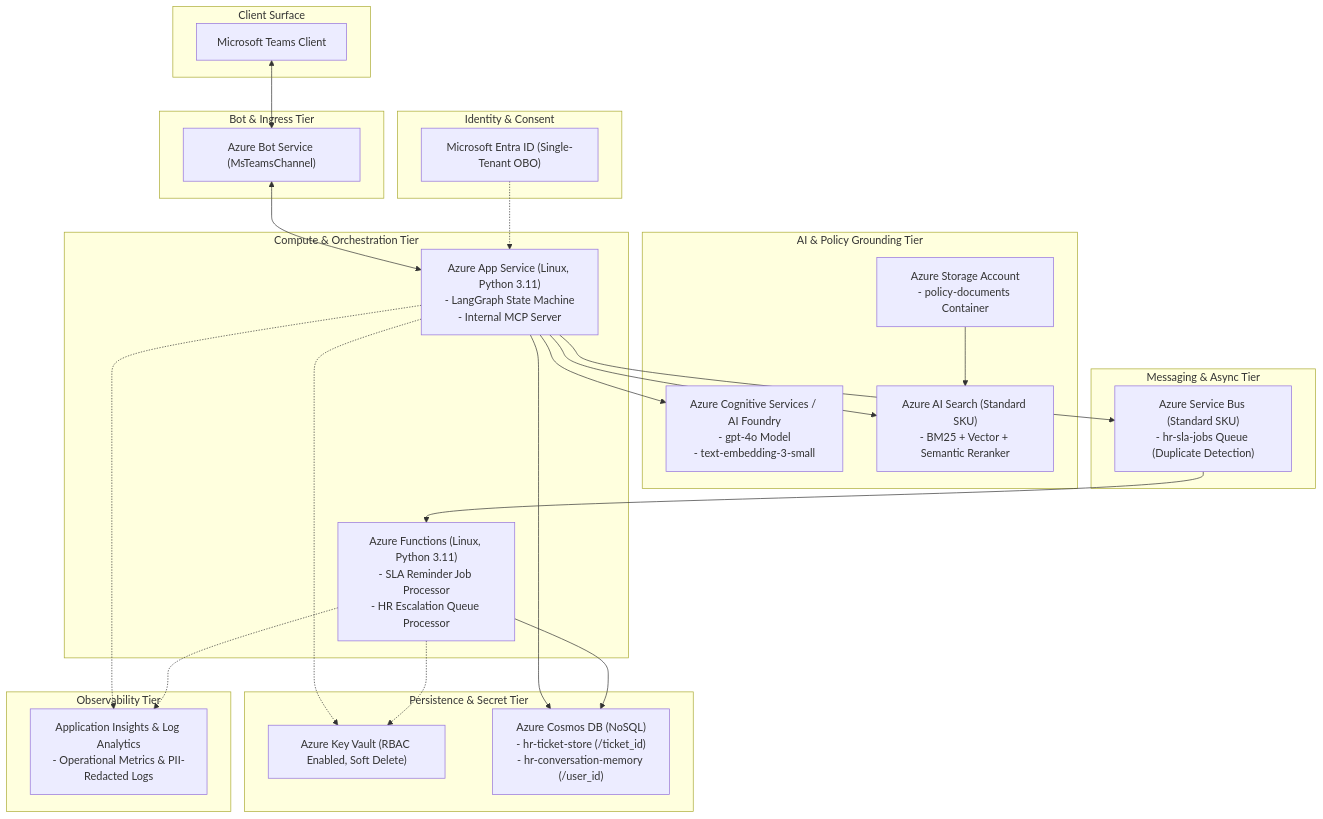
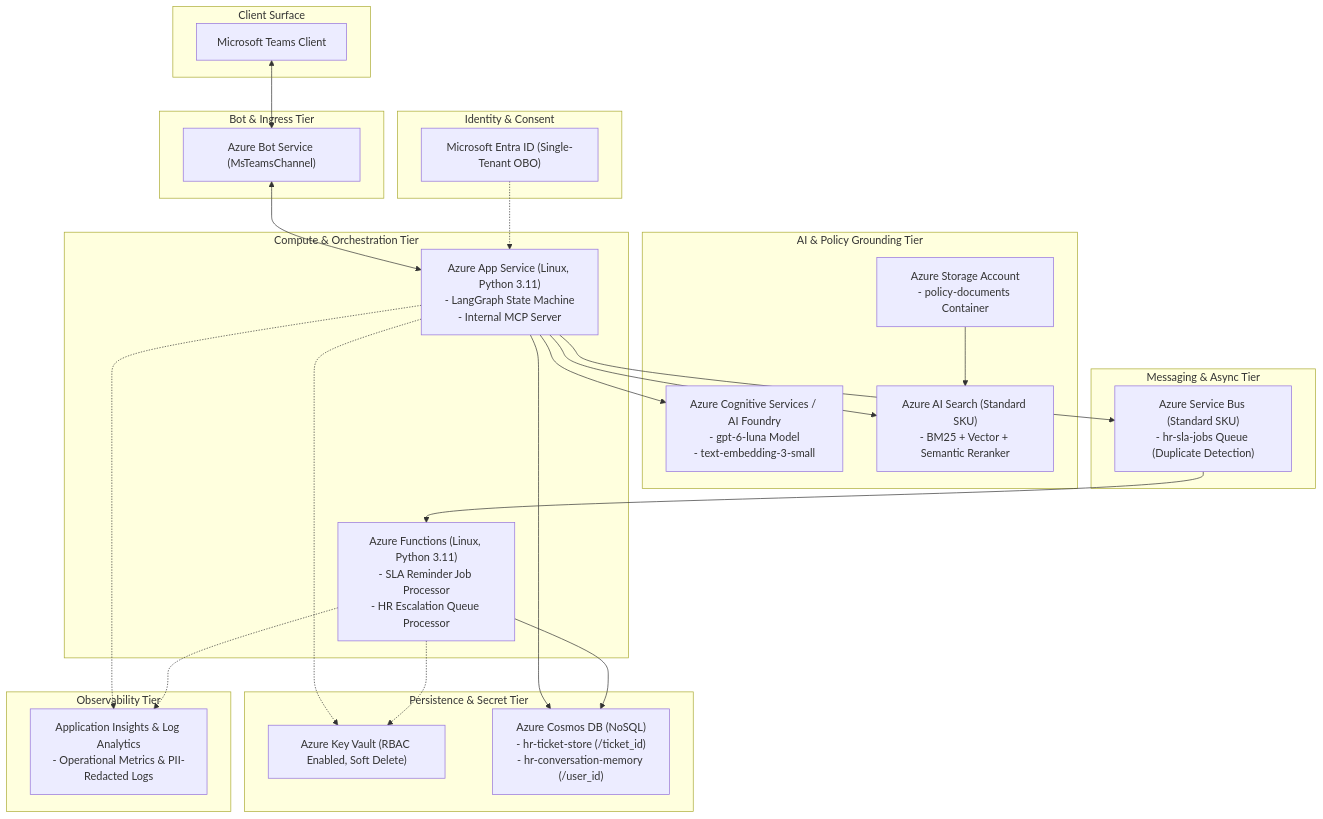
One commit to zerosaber10-dev/hve-innovation-fpt changed the diagram in docs/deployment/azure-teams-deployment.md. Above: the diagram before and after it, drawn with Mermaid. The commit also changed other lines of this file and 82 other files, not shown here.

````diff
--- a/docs/deployment/azure-teams-deployment.md
+++ b/docs/deployment/azure-teams-deployment.md
@@ -11,53 +11,53 @@
 ```mermaid
 flowchart TB
     subgraph Client ["Client Surface"]
         teams["Microsoft Teams Client"]
     end
 
     subgraph Identity ["Identity & Consent"]
         entra["Microsoft Entra ID (Single-Tenant OBO)"]
     end
 
     subgraph Ingress ["Bot & Ingress Tier"]
         bot["Azure Bot Service (MsTeamsChannel)"]
     end
 
     subgraph Compute ["Compute & Orchestration Tier"]
         app["Azure App Service (Linux, Python 3.11)\n- LangGraph State Machine\n- Internal MCP Server"]
         func["Azure Functions (Linux, Python 3.11)\n- SLA Reminder Job Processor\n- HR Escalation Queue Processor"]
     end
 
     subgraph AI ["AI & Policy Grounding Tier"]
-        foundry["Azure Cognitive Services / AI Foundry\n- gpt-4o Model\n- text-embedding-3-small"]
+        foundry["Azure Cognitive Services / AI Foundry\n- gpt-6-luna Model\n- text-embedding-3-small"]
         search["Azure AI Search (Standard SKU)\n- BM25 + Vector + Semantic Reranker"]
         storage["Azure Storage Account\n- policy-documents Container"]
     end
 
     subgraph Messaging ["Messaging & Async Tier"]
         sb["Azure Service Bus (Standard SKU)\n- hr-sla-jobs Queue (Duplicate Detection)"]
     end
 
     subgraph Data ["Persistence & Secret Tier"]
         kv["Azure Key Vault (RBAC Enabled, Soft Delete)"]
         cosmos["Azure Cosmos DB (NoSQL)\n- hr-ticket-store (/ticket_id)\n- hr-conversation-memory (/user_id)"]
     end
 
     subgraph Monitoring ["Observability Tier"]
         appinsights["Application Insights & Log Analytics\n- Operational Metrics & PII-Redacted Logs"]
     end
 
     teams <--> bot
     bot <--> app
     entra -.-> app
     app --> search
     app --> foundry
     storage --> search
     app --> cosmos
     app --> sb
     sb --> func
     func --> cosmos
     app -.-> kv
     func -.-> kv
     app -.-> appinsights
     func -.-> appinsights
 ```
````
